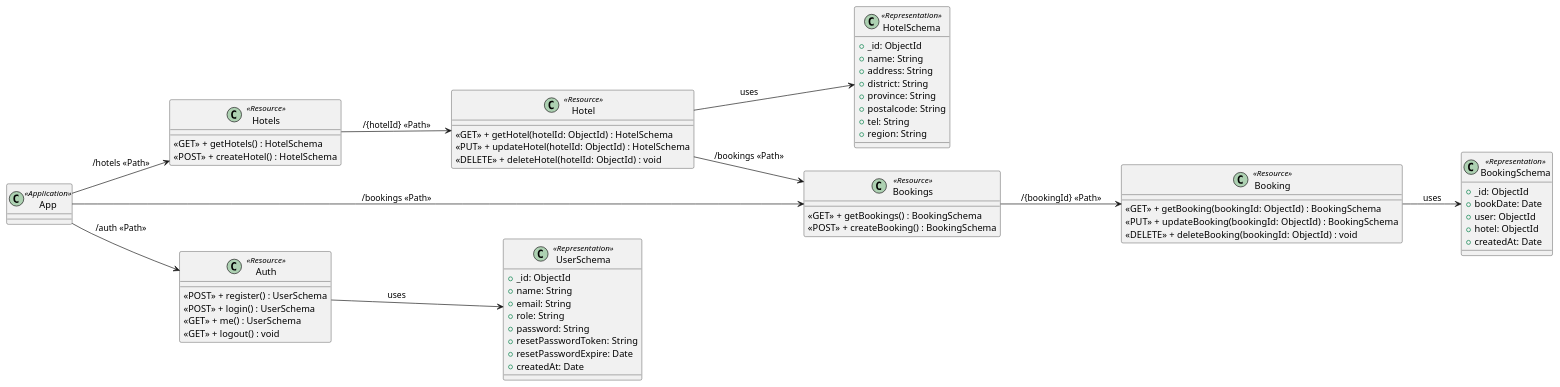
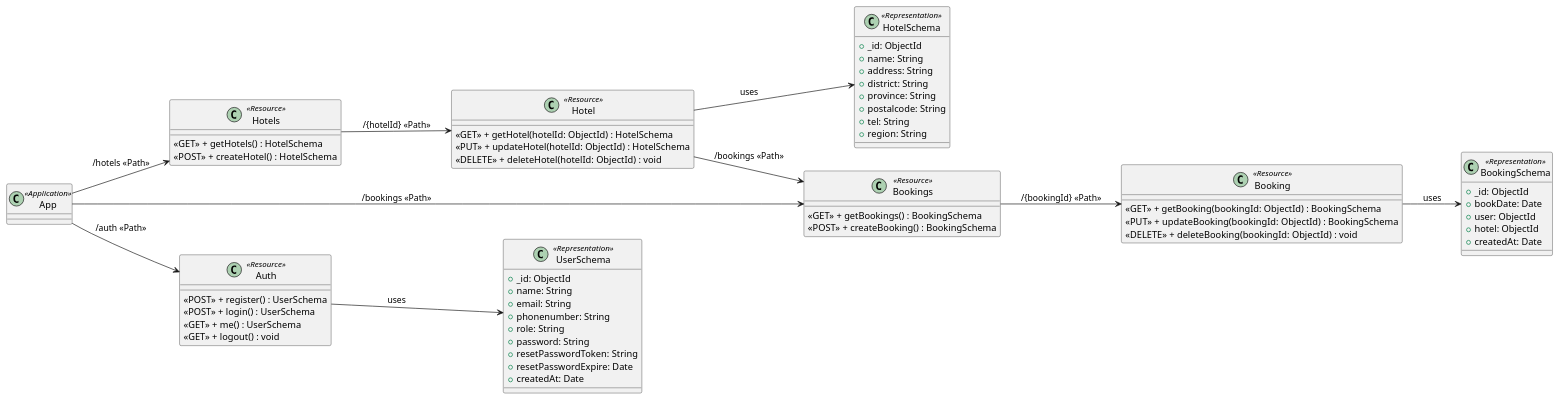
Before and after one commit to KiraraGZ/sw-dev-final-project: the diagram in umls/classdiagram.puml, drawn with PlantUML.

Commit message:
small uml fix

```diff
--- a/umls/classdiagram.puml
+++ b/umls/classdiagram.puml
@@ -1,79 +1,80 @@
 @startuml Class Diagram
 
 left to right direction
 
 class App <<Application>> {
 }
 
 class Hotels <<Resource>> {
   <<GET>> + getHotels() : HotelSchema
   <<POST>> + createHotel() : HotelSchema
 }
 
 class Hotel <<Resource>> {
   <<GET>> + getHotel(hotelId: ObjectId) : HotelSchema
   <<PUT>> + updateHotel(hotelId: ObjectId) : HotelSchema
   <<DELETE>> + deleteHotel(hotelId: ObjectId) : void
 }
 
 class Bookings <<Resource>> {
   <<GET>> + getBookings() : BookingSchema
   <<POST>> + createBooking() : BookingSchema
 }
 
 class Booking <<Resource>> {
   <<GET>> + getBooking(bookingId: ObjectId) : BookingSchema
   <<PUT>> + updateBooking(bookingId: ObjectId) : BookingSchema
   <<DELETE>> + deleteBooking(bookingId: ObjectId) : void
 }
 
 class Auth <<Resource>> {
   <<POST>> + register() : UserSchema
   <<POST>> + login() : UserSchema
   <<GET>> + me() : UserSchema
   <<GET>> + logout() : void
 }
 
 class BookingSchema <<Representation>> {
   +_id: ObjectId
   +bookDate: Date
   +user: ObjectId
   +hotel: ObjectId
   +createdAt: Date
 }
 
 class HotelSchema <<Representation>> {
   +_id: ObjectId
   +name: String
   +address: String
   +district: String
   +province: String
   +postalcode: String
   +tel: String
   +region: String
 }
 
 class UserSchema <<Representation>> {
   +_id: ObjectId
   +name: String
   +email: String
+  +phonenumber: String
   +role: String
   +password: String
   +resetPasswordToken: String
   +resetPasswordExpire: Date
   +createdAt: Date
 }
 
 App --> Hotels : /hotels <<Path>>
 App --> Bookings : /bookings <<Path>>
 App --> Auth : /auth <<Path>>
 Auth --> UserSchema : uses 
 Hotels --> Hotel : /{hotelId} <<Path>>
 Hotel --> HotelSchema : uses
 
 Hotel --> Bookings : /bookings <<Path>>
 
 Bookings --> Booking : /{bookingId} <<Path>>
 Booking --> BookingSchema : uses
 
 @enduml
```
